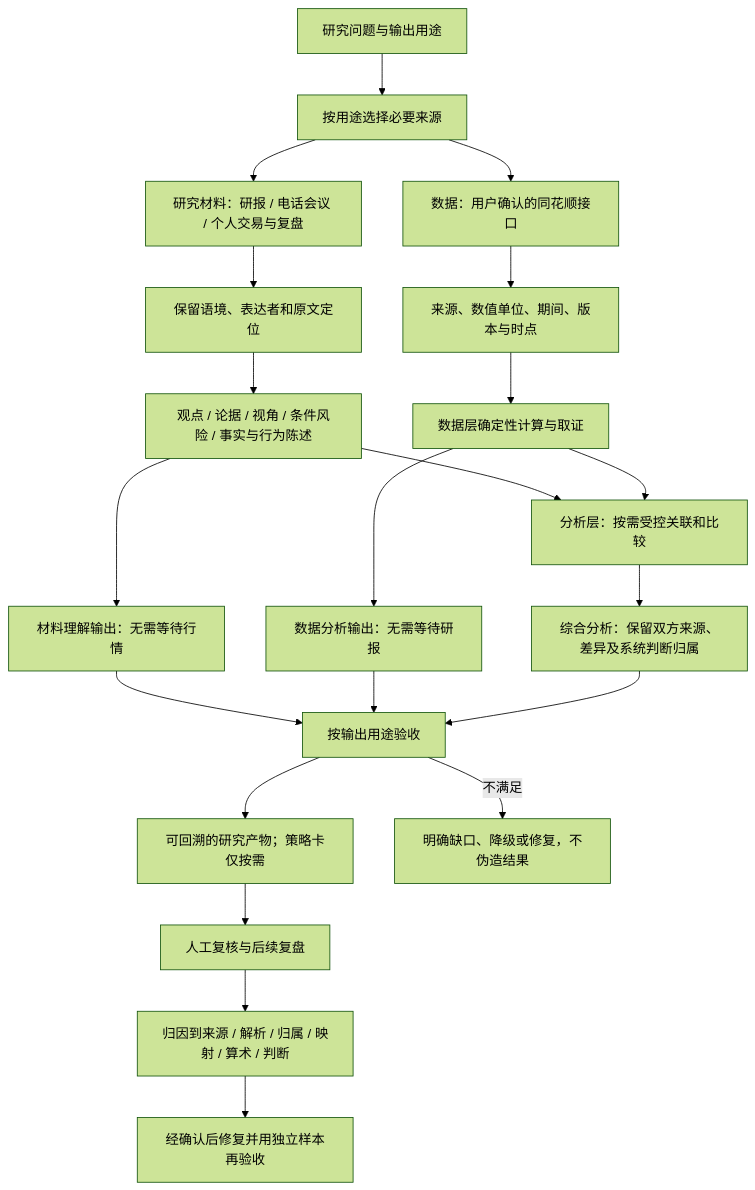
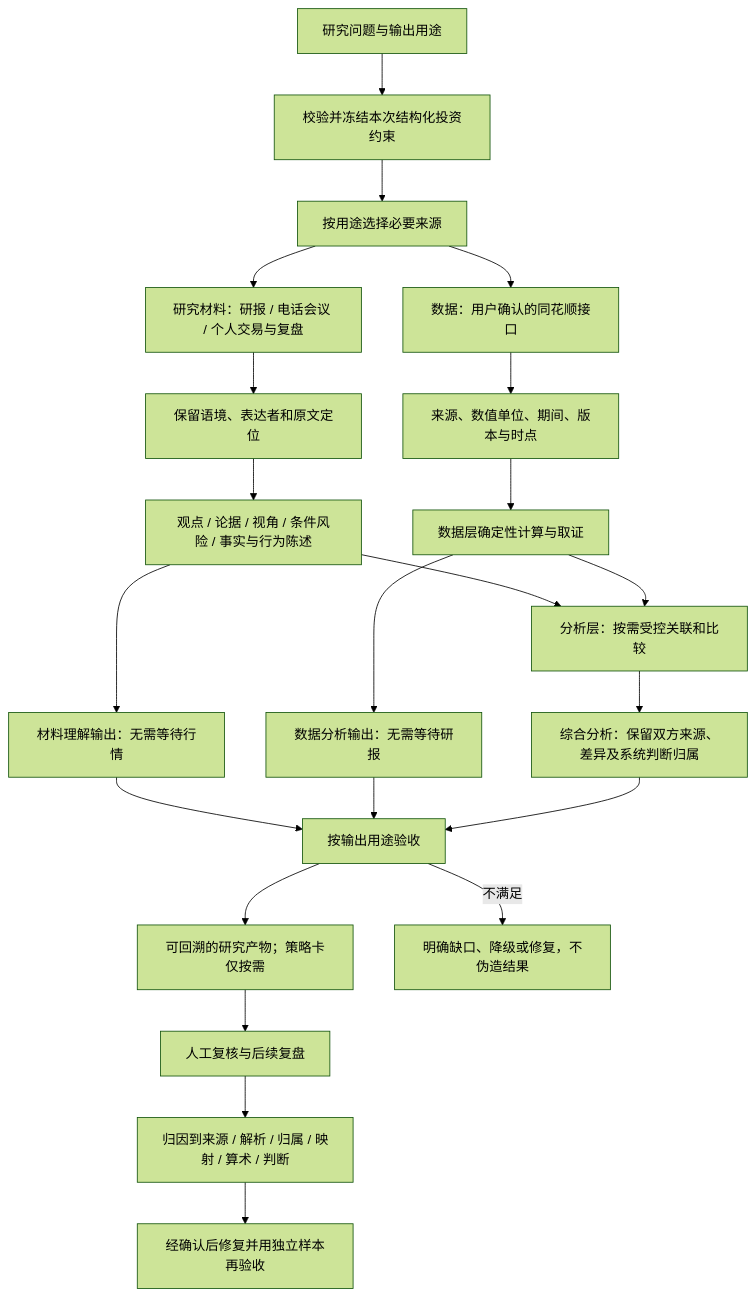
The third of 3 diagrams in docs/business-process.md (lilysohot/ai-Strategy_Research), drawn with Mermaid (forest theme) before and after one commit. The commit also changed other lines of this file and 14 other files, not shown here.

````diff
--- a/docs/business-process.md
+++ b/docs/business-process.md
@@ -162,23 +193,24 @@
 ```mermaid
 flowchart TD
-    A[研究问题与输出用途] --> B[按用途选择必要来源]
+    A[研究问题与输出用途] --> A1[校验并冻结本次结构化投资约束]
+    A1 --> B[按用途选择必要来源]
     B --> C[研究材料：研报 / 电话会议 / 个人交易与复盘]
     B --> D[数据：用户确认的同花顺接口]
     C --> E[保留语境、表达者和原文定位]
     E --> F[观点 / 论据 / 视角 / 条件风险 / 事实与行为陈述]
     D --> G[来源、数值单位、期间、版本与时点]
     G --> H[数据层确定性计算与取证]
     F --> I[材料理解输出：无需等待行情]
     H --> J[数据分析输出：无需等待研报]
     F --> K[分析层：按需受控关联和比较]
     H --> K
     K --> L[综合分析：保留双方来源、差异及系统判断归属]
     I --> M[按输出用途验收]
     J --> M
     L --> M
     M --> N[可回溯的研究产物；策略卡仅按需]
     M -- 不满足 --> O[明确缺口、降级或修复，不伪造结果]
     N --> P[人工复核与后续复盘]
     P --> Q[归因到来源 / 解析 / 归属 / 映射 / 算术 / 判断]
     Q --> R[经确认后修复并用独立样本再验收]
 ```
````
